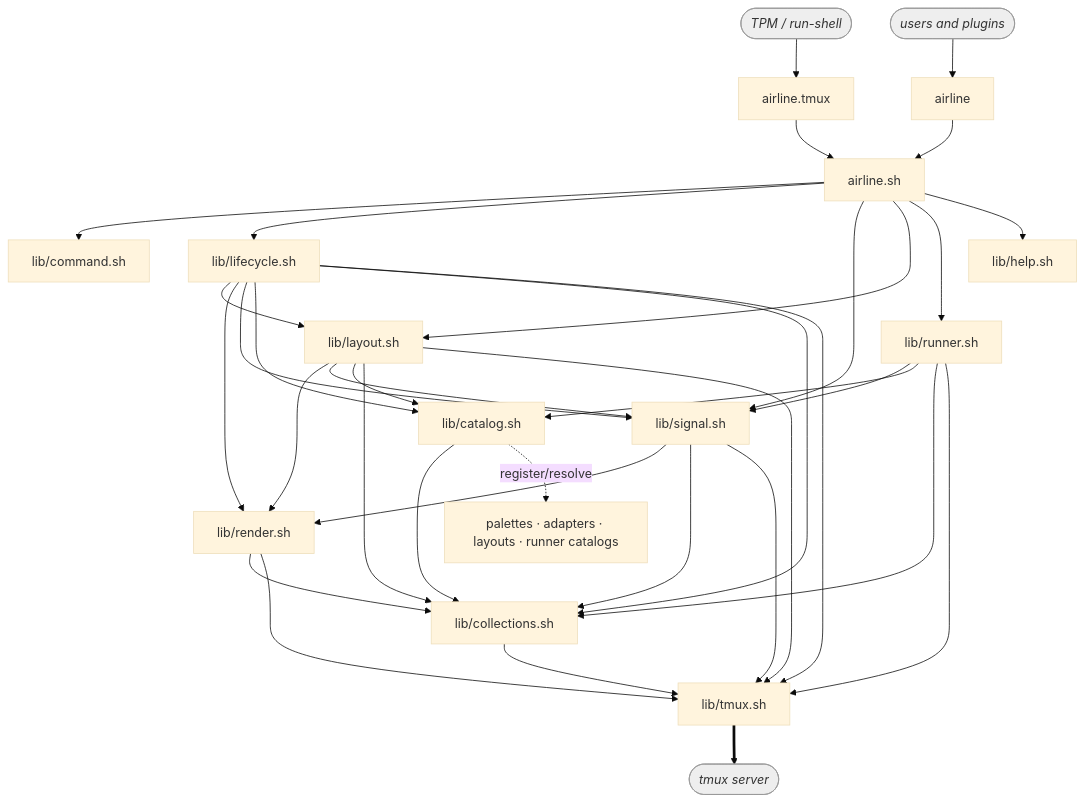
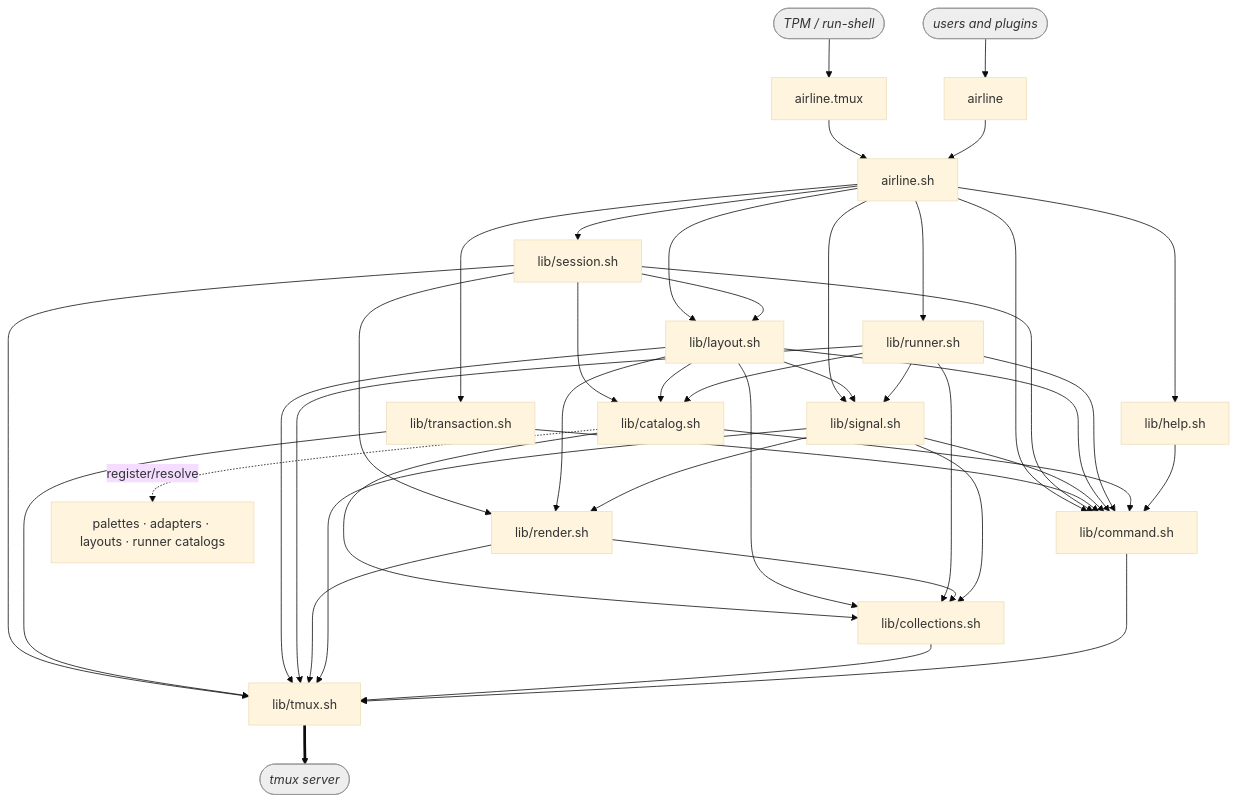
Before and after one commit to andrewjstryker/tmux-airline: the first of 2 diagrams in DESIGN.md, drawn with Mermaid (base theme). The commit also changed other lines of this file and 18 other files, not shown here.

Commit message:
Consolidate session and move lock to transaction

````diff
--- a/DESIGN.md
+++ b/DESIGN.md
@@ -59,39 +60,48 @@
 ```mermaid
 graph TD
     TPM([TPM / run-shell]):::ext --> ENTRY[airline.tmux]
     EXT([users and plugins]):::ext --> SHIM[airline]
     ENTRY --> CLI[airline.sh]
     SHIM --> CLI
     CLI --> CMD[lib/command.sh]
-    CLI --> LIFE[lib/lifecycle.sh]
+    CLI --> SESSION[lib/session.sh]
+    CLI --> TX[lib/transaction.sh]
     CLI --> SIGNAL[lib/signal.sh]
     CLI --> LAYOUT[lib/layout.sh]
     CLI --> RUNNER[lib/runner.sh]
     CLI --> HELP[lib/help.sh]
-    LIFE --> LAYOUT
-    LIFE --> LOGIC[lib/render.sh]
-    LIFE --> SIGNAL
+    SESSION --> CMD
+    TX --> CMD
+    SIGNAL --> CMD
+    LAYOUT --> CMD
+    RUNNER --> CMD
+    CAT --> CMD
+    HELP --> CMD
+    SESSION --> LAYOUT
+    SESSION --> LOGIC[lib/render.sh]
     LAYOUT --> LOGIC
     LAYOUT --> SIGNAL
     RUNNER --> SIGNAL
-    LIFE --> CAT[lib/catalog.sh]
+    SESSION --> CAT[lib/catalog.sh]
     LAYOUT --> CAT
     RUNNER --> CAT
     CAT --> COLL
-    LIFE --> COLL[lib/collections.sh]
+    COLL[lib/collections.sh]
     LAYOUT --> COLL
     RUNNER --> COLL
     LOGIC --> COLL
     SIGNAL --> LOGIC
     SIGNAL --> COLL
-    LIFE --> MECH[lib/tmux.sh]
+    SESSION --> MECH[lib/tmux.sh]
+    TX --> MECH
     LAYOUT --> MECH
     RUNNER --> MECH
     LOGIC --> MECH
     SIGNAL --> MECH
     COLL --> MECH
+    CMD --> MECH
     CAT -. register/resolve .-> FILES[palettes · adapters · layouts · runner catalogs]
     MECH ==> TMUX([tmux server]):::ext
 
     classDef ext fill:#eee,stroke:#999,color:#333,font-style:italic;
 ```
````
